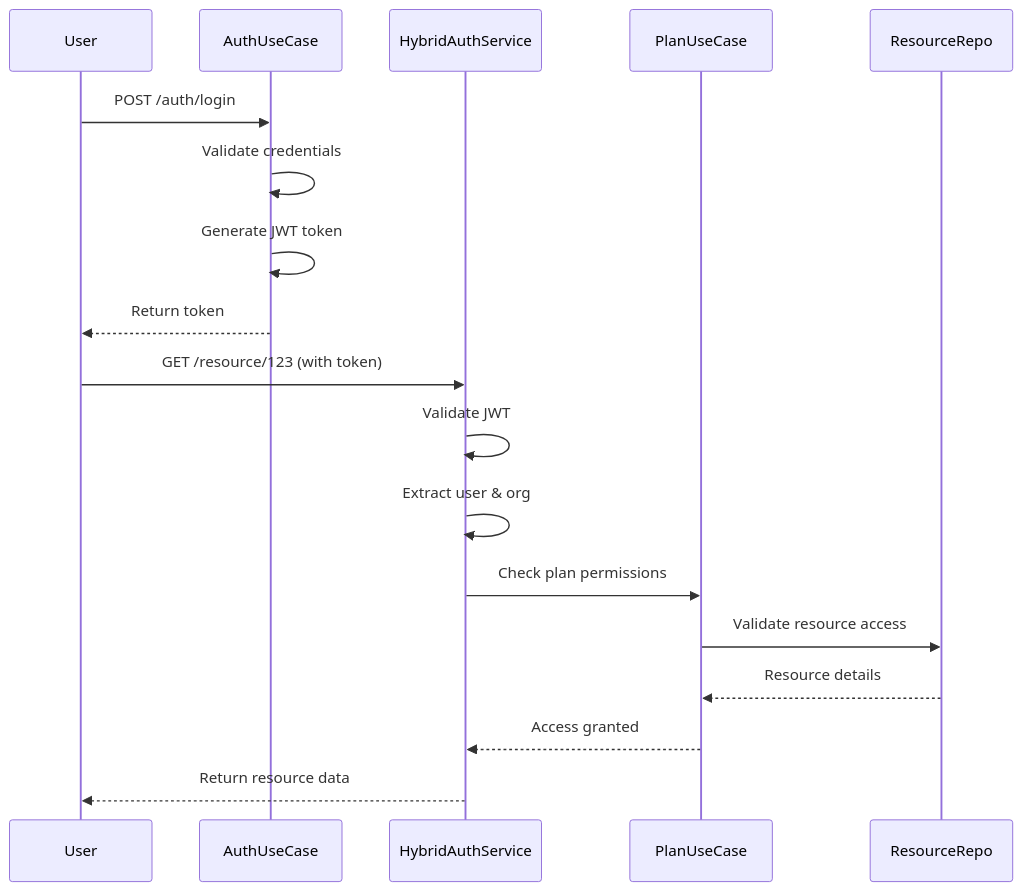
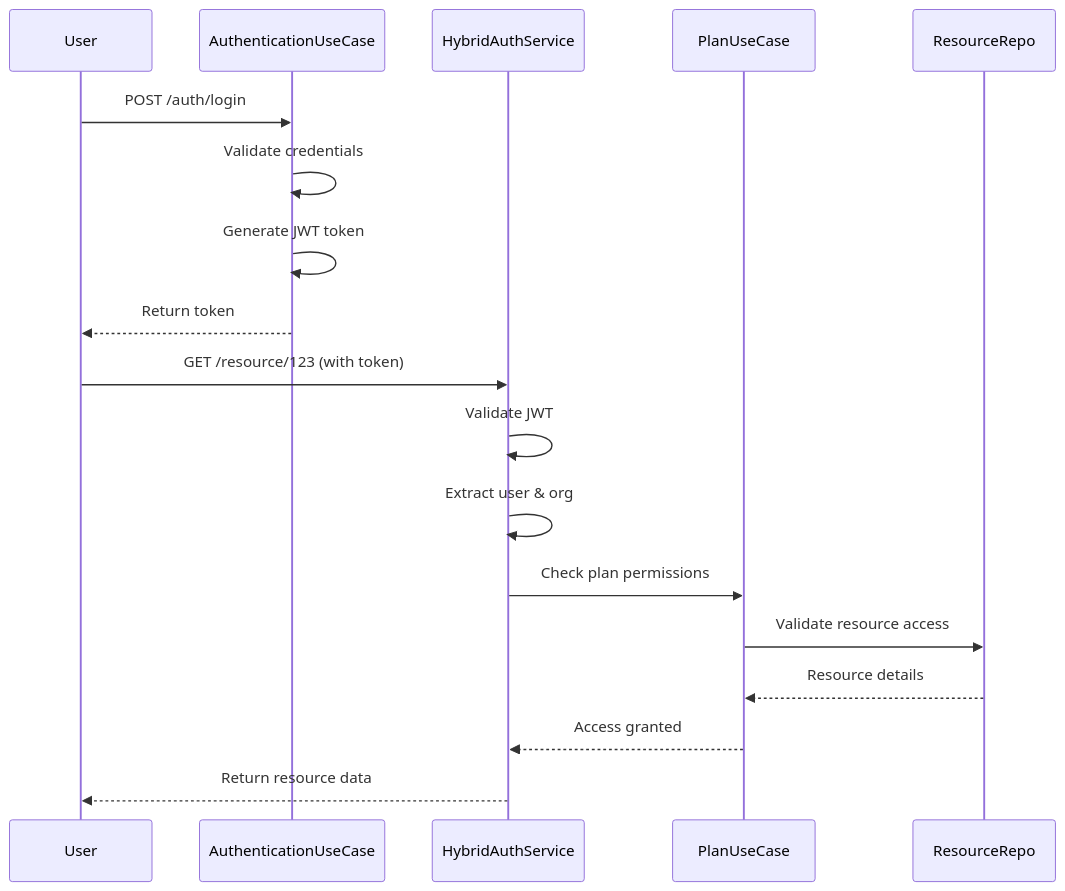
The second of 4 diagrams in doc.md (axdbertuol/multi-tenant-project), drawn with Mermaid before and after one commit. The commit also changed other lines of this file and 83 other files, not shown here.

````diff
--- a/doc.md
+++ b/doc.md
@@ -379,22 +379,22 @@
 ```mermaid
 sequenceDiagram
     participant U as User
-    participant A as AuthUseCase
+    participant A as AuthenticationUseCase
     participant H as HybridAuthService
     participant P as PlanUseCase
     participant R as ResourceRepo
 
     U->>A: POST /auth/login
     A->>A: Validate credentials
     A->>A: Generate JWT token
     A-->>U: Return token
 
     U->>H: GET /resource/123 (with token)
     H->>H: Validate JWT
     H->>H: Extract user & org
     H->>P: Check plan permissions
     P->>R: Validate resource access
     R-->>P: Resource details
     P-->>H: Access granted
     H-->>U: Return resource data
 ```
````
